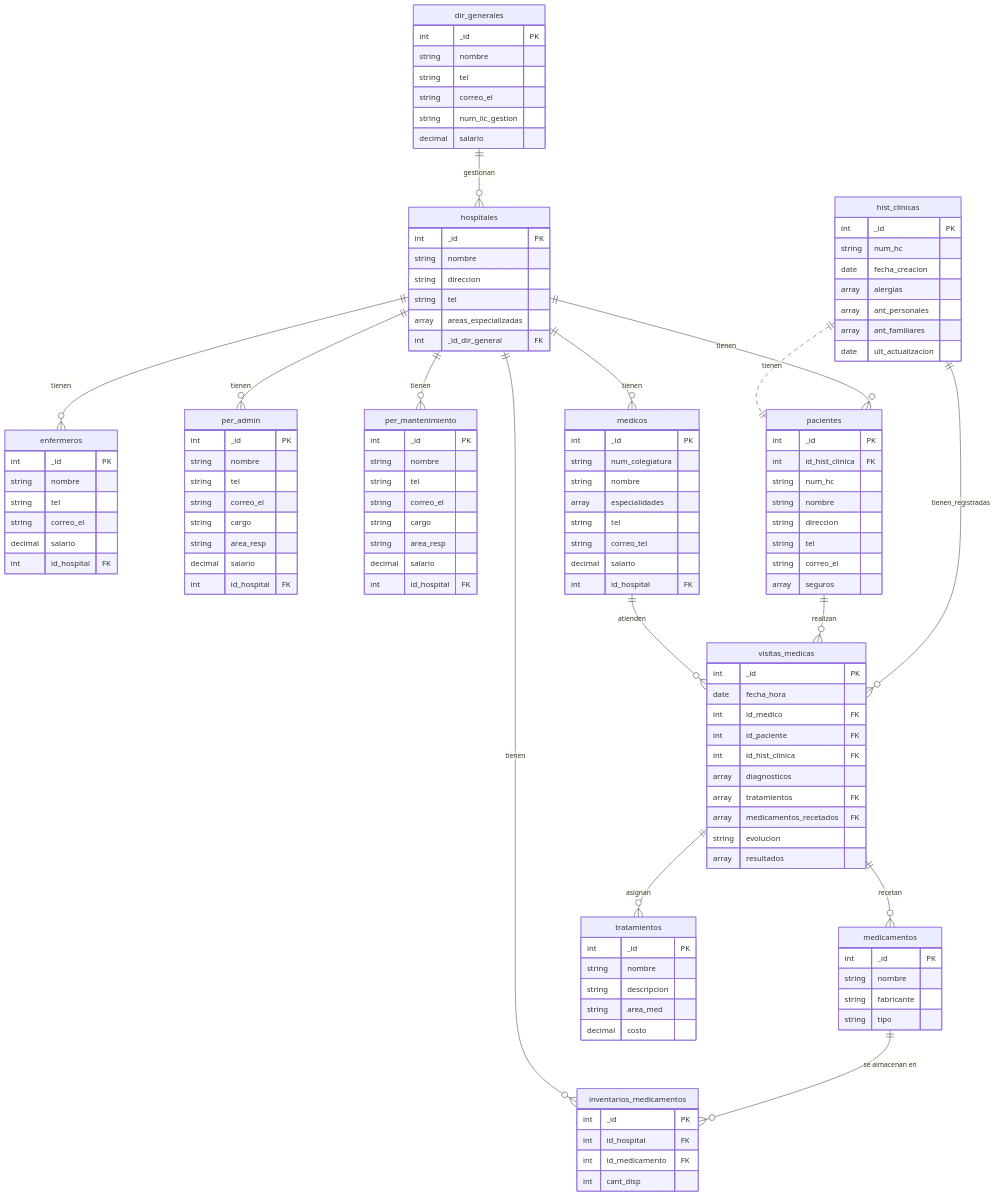
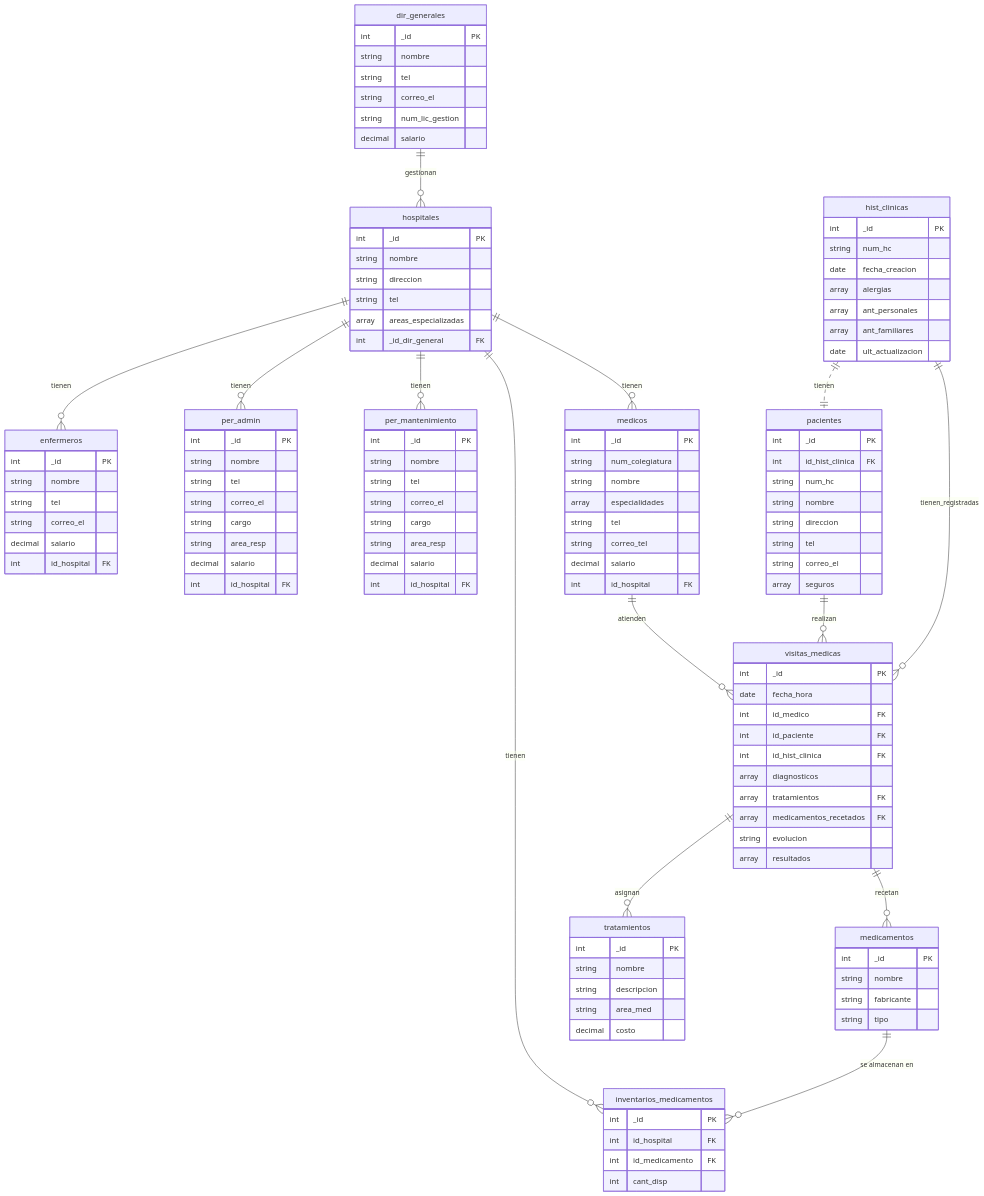
One commit to Dante-Sal/Proyecto_MongoDB_S1_SalamancaDante-ChedrauiNicolas changed the first of 4 diagrams in README.md. Above: the diagram before and after it, drawn with Mermaid. The commit also changed other lines of this file, not shown here.

```diff
--- a/README.md
+++ b/README.md
@@ -223,7 +223,6 @@
     hospitales ||--o{ per_admin : tienen
     hospitales ||--o{ per_mantenimiento : tienen
     hospitales ||--o{ medicos : tienen
-    hospitales ||--o{ pacientes : tienen
     hist_clinicas ||..|| pacientes : tienen
     hist_clinicas ||--o{ visitas_medicas : tienen_registradas
     pacientes ||--o{ visitas_medicas : realizan
```
